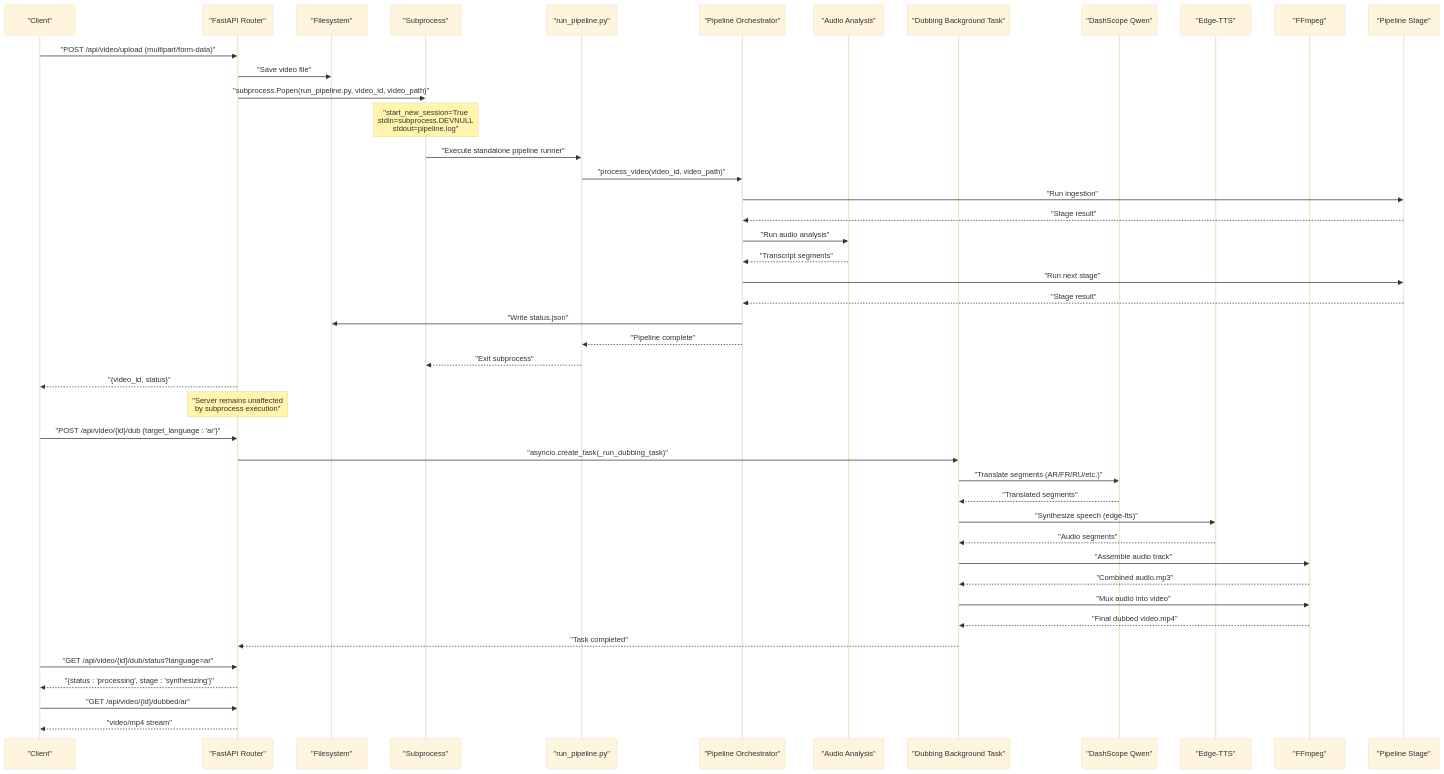
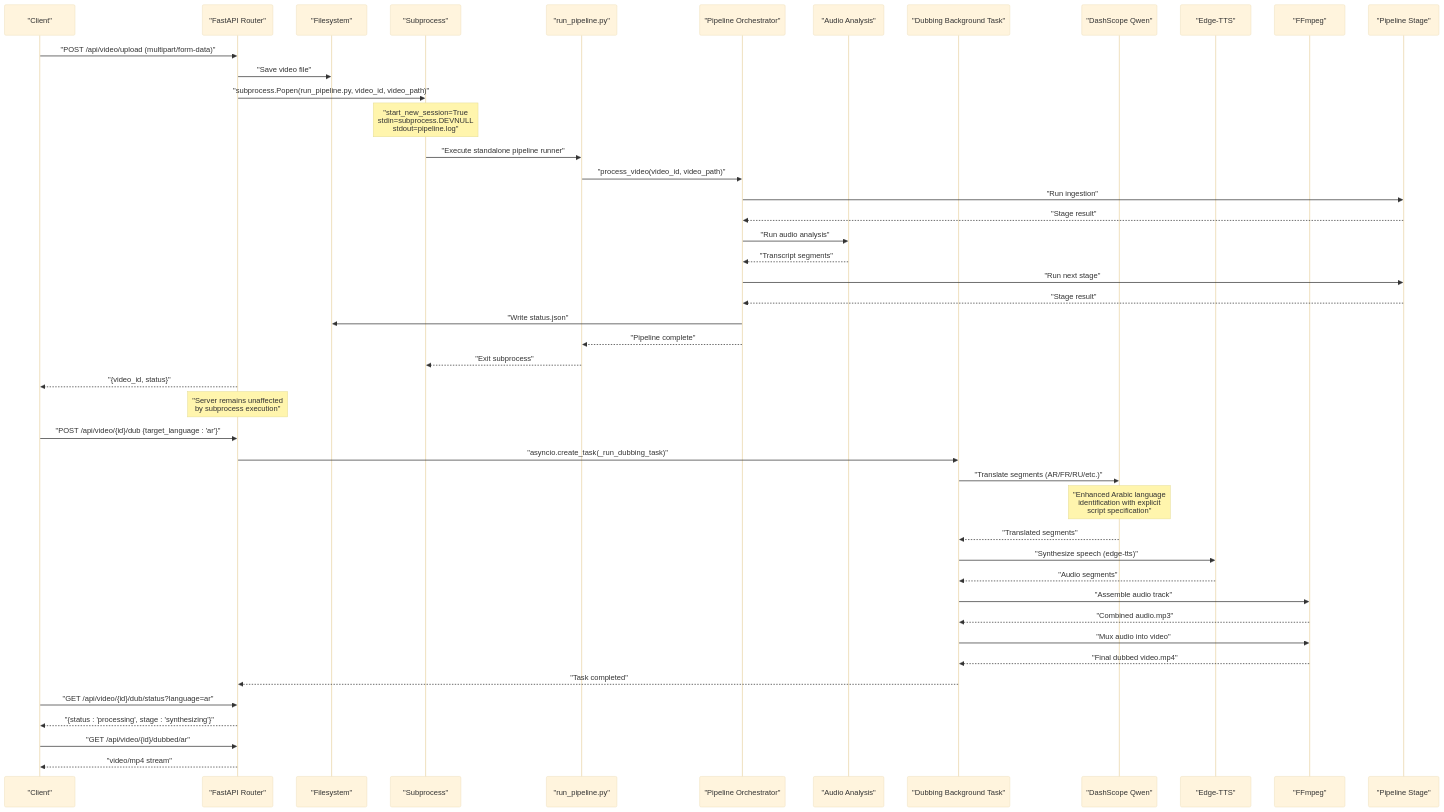
The second of 3 diagrams in .qoder/repowiki/en/content/Backend API Reference/Video Processing Endpoints.md (alexandreybasta-cyber/dubai-media-ai), drawn with Mermaid (base theme) before and after one commit. The commit also changed other lines of this file and 8 other files, not shown here.

````diff
--- a/.qoder/repowiki/en/content/Backend API Reference/Video Processing Endpoints.md
+++ b/.qoder/repowiki/en/content/Backend API Reference/Video Processing Endpoints.md
@@ -218,47 +217,48 @@
 ```mermaid
 sequenceDiagram
 participant Client as "Client"
 participant API as "FastAPI Router"
 participant FS as "Filesystem"
 participant Subproc as "Subprocess"
 participant Runner as "run_pipeline.py"
 participant Orchestrator as "Pipeline Orchestrator"
 participant AudioStage as "Audio Analysis"
 participant DubbingTask as "Dubbing Background Task"
 participant Translator as "DashScope Qwen"
 participant TTS as "Edge-TTS"
 participant FFmpeg as "FFmpeg"
 participant Stage as "Pipeline Stage"
 Client->>API : "POST /api/video/upload (multipart/form-data)"
 API->>FS : "Save video file"
 API->>Subproc : "subprocess.Popen(run_pipeline.py, video_id, video_path)"
 Note over Subproc : "start_new_session=True<br/>stdin=subprocess.DEVNULL<br/>stdout=pipeline.log"
 Subproc->>Runner : "Execute standalone pipeline runner"
 Runner->>Orchestrator : "process_video(video_id, video_path)"
 Orchestrator->>Stage : "Run ingestion"
 Stage-->>Orchestrator : "Stage result"
 Orchestrator->>AudioStage : "Run audio analysis"
 AudioStage-->>Orchestrator : "Transcript segments"
 Orchestrator->>Stage : "Run next stage"
 Stage-->>Orchestrator : "Stage result"
 Orchestrator->>FS : "Write status.json"
 Orchestrator-->>Runner : "Pipeline complete"
 Runner-->>Subproc : "Exit subprocess"
 API-->>Client : "{video_id, status}"
 Note over API : "Server remains unaffected<br/>by subprocess execution"
 Client->>API : "POST /api/video/{id}/dub {target_language : 'ar'}"
 API->>DubbingTask : "asyncio.create_task(_run_dubbing_task)"
 DubbingTask->>Translator : "Translate segments (AR/FR/RU/etc.)"
+Note over Translator : "Enhanced Arabic language<br/>identification with explicit<br/>script specification"
 Translator-->>DubbingTask : "Translated segments"
 DubbingTask->>TTS : "Synthesize speech (edge-tts)"
 TTS-->>DubbingTask : "Audio segments"
 DubbingTask->>FFmpeg : "Assemble audio track"
 FFmpeg-->>DubbingTask : "Combined audio.mp3"
 DubbingTask->>FFmpeg : "Mux audio into video"
 FFmpeg-->>DubbingTask : "Final dubbed video.mp4"
 DubbingTask-->>API : "Task completed"
 Client->>API : "GET /api/video/{id}/dub/status?language=ar"
 API-->>Client : "{status : 'processing', stage : 'synthesizing'}"
 Client->>API : "GET /api/video/{id}/dubbed/ar"
 API-->>Client : "video/mp4 stream"
 ```
````
